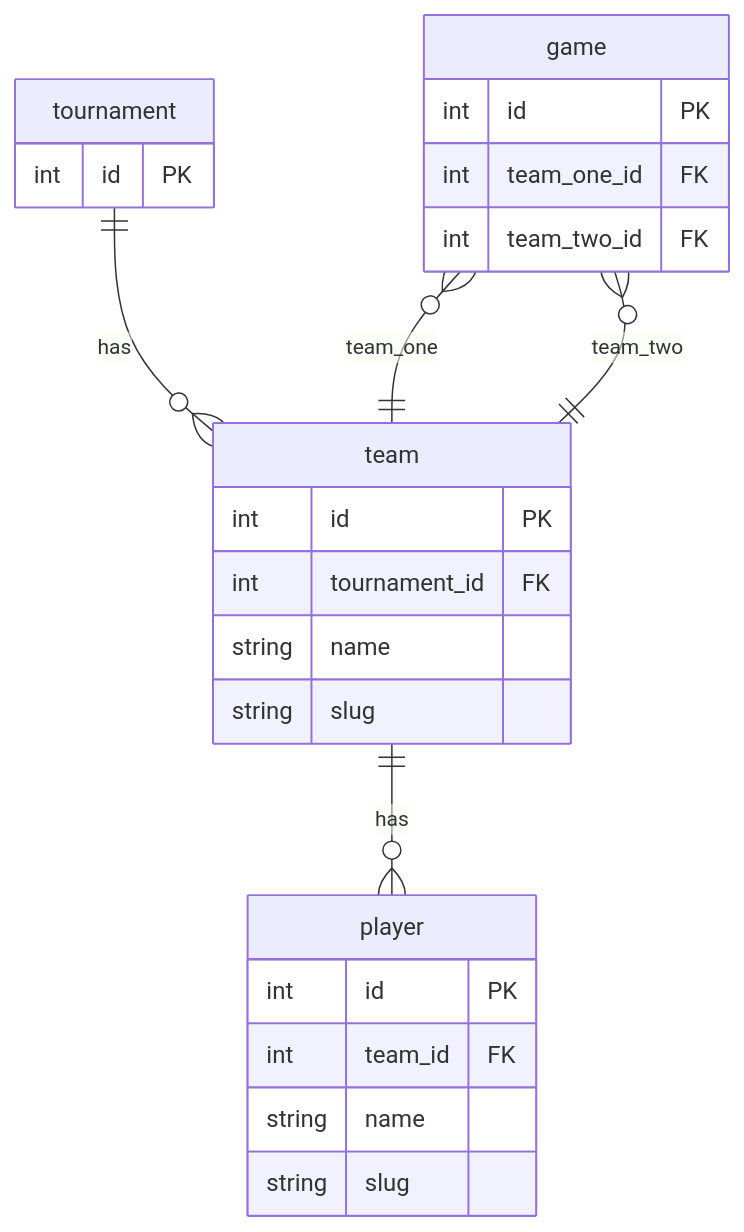
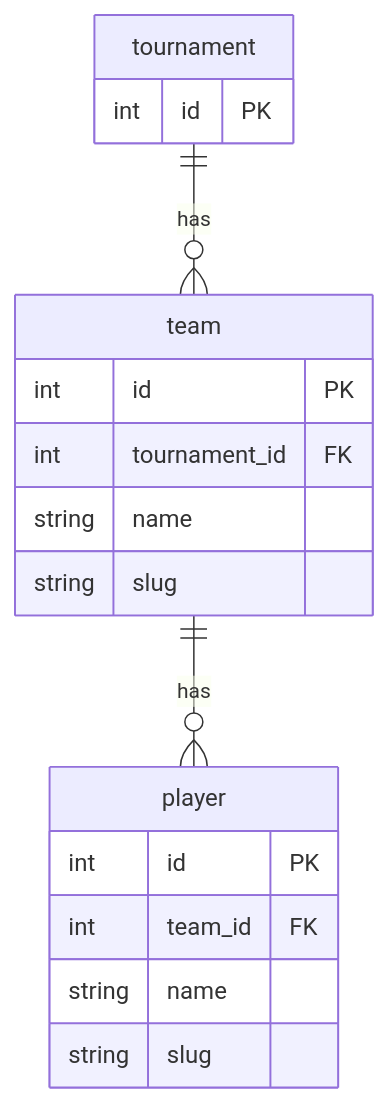
The fourth of 5 diagrams in docs/structure.md (maharshi95/acf-data), drawn with Mermaid before and after one commit. The commit also changed other lines of this file, not shown here.

````diff
--- a/docs/structure.md
+++ b/docs/structure.md
@@ -193,29 +197,22 @@
 ```mermaid
 erDiagram
+    tournament ||--o{ team : has
     team ||--o{ player : has
-    tournament ||--o{ team : has
-    game }o--|| team : team_one
-    game }o--|| team : team_two
     
     tournament {
         int id PK
-    }
-    game {
-        int id PK
-        int team_one_id FK
-        int team_two_id FK
     }
     team {
         int id PK
         int tournament_id FK
         string name
         string slug
     }
     player {
         int id PK
         int team_id FK
         string name
         string slug
     }
 
 ```
````
